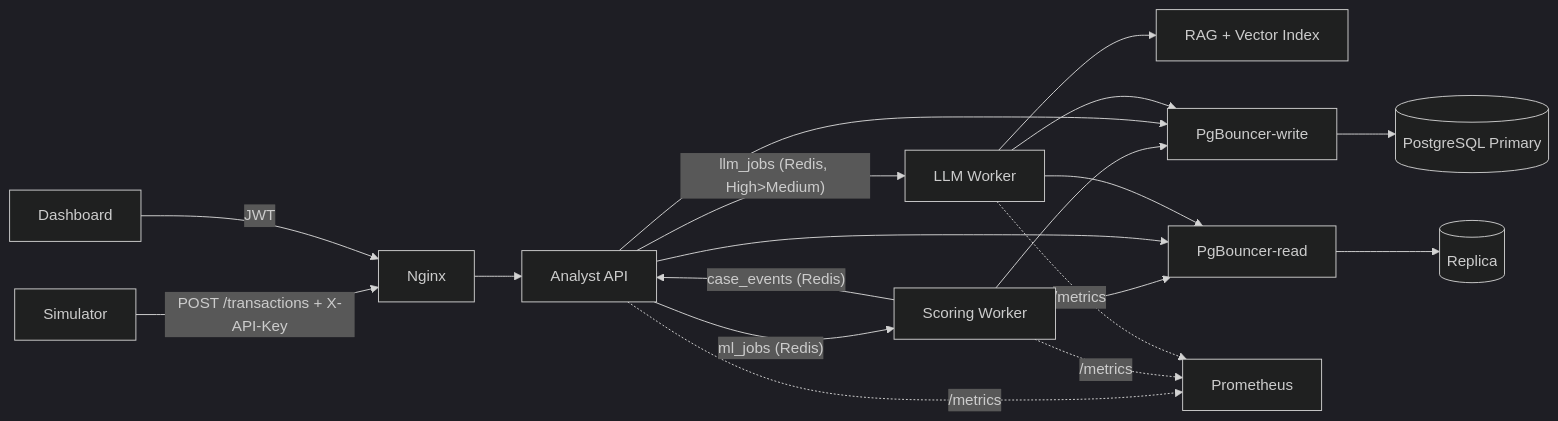
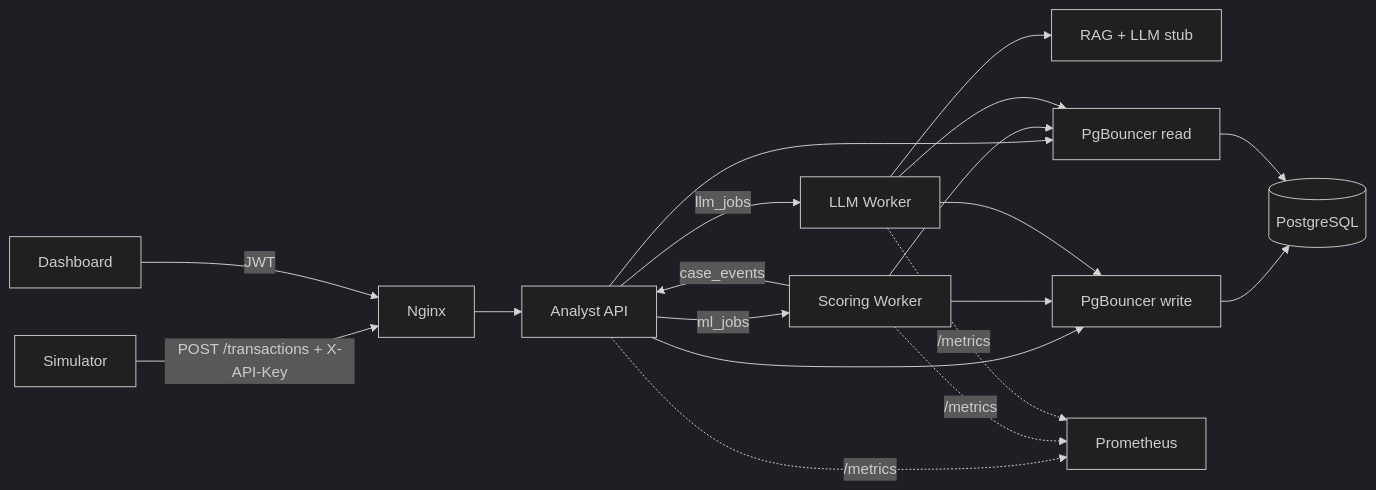
The diagram in README.md (vinhomes1311/fraud-copilot), drawn with Mermaid (dark theme) before and after one commit. The commit also changed other lines of this file, not shown here.

````diff
--- a/README.md
+++ b/README.md
@@ -8,13 +29,13 @@
 ```mermaid
 flowchart LR
   SIM[Simulator] -->|POST /transactions + X-API-Key| NGX[Nginx]
   UI[Dashboard] -->|JWT| NGX
   NGX --> API[Analyst API]
-  API -- "ml_jobs (Redis)" --> SW[Scoring Worker]
-  SW -- "case_events (Redis)" --> API
-  API -- "llm_jobs (Redis, High>Medium)" --> LW[LLM Worker]
-  LW --> RAG[RAG + Vector Index]
-  SW & API & LW --> PGW[PgBouncer-write] --> PG[(PostgreSQL Primary)]
-  SW & API & LW --> PGR[PgBouncer-read] --> PGREP[(Replica)]
+  API -->|ml_jobs| SW[Scoring Worker]
+  SW -->|case_events| API
+  API -->|llm_jobs| LW[LLM Worker]
+  LW --> RAG[RAG + LLM stub]
+  API & SW & LW --> PGW[PgBouncer write] --> PG[(PostgreSQL)]
+  API & SW & LW --> PGR[PgBouncer read] --> PG
   API & SW & LW -. /metrics .-> PROM[Prometheus]
 ```
````
